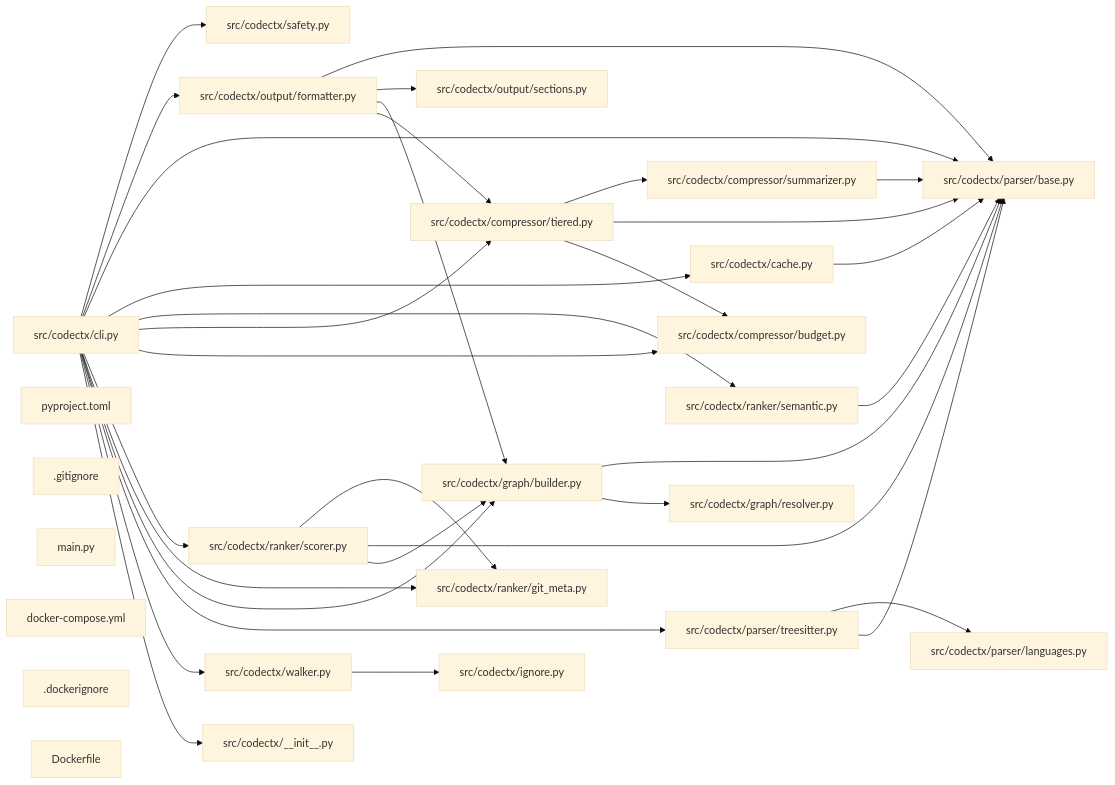
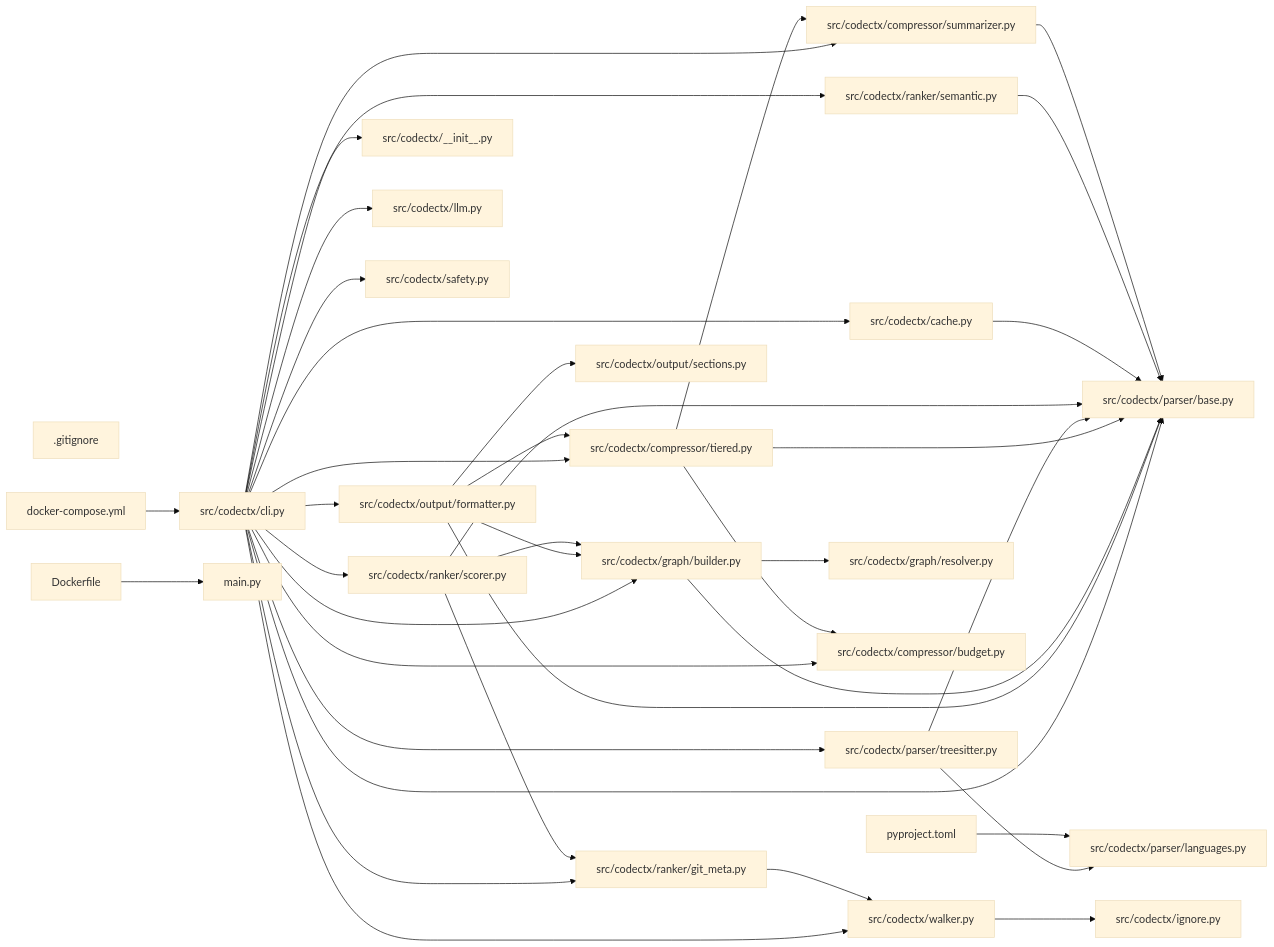
The diagram in CONTEXT.md (hey-granth/codectx), drawn with Mermaid (base theme) before and after one commit. The commit also changed other lines of this file and 29 other files, not shown here.

````diff
--- a/CONTEXT.md
+++ b/CONTEXT.md
@@ -903,59 +952,65 @@
 ```mermaid
 graph LR
     f0["src/codectx/cli.py"]
     f1["src/codectx/parser/base.py"]
-    f2["src/codectx/graph/builder.py"]
-    f3["src/codectx/output/formatter.py"]
-    f4["src/codectx/ranker/scorer.py"]
+    f2["src/codectx/output/formatter.py"]
+    f3["main.py"]
+    f4["src/codectx/graph/builder.py"]
     f5["src/codectx/compressor/tiered.py"]
-    f6["src/codectx/parser/treesitter.py"]
-    f7["src/codectx/walker.py"]
-    f8["src/codectx/ranker/git_meta.py"]
-    f9["src/codectx/ranker/semantic.py"]
-    f10["pyproject.toml"]
+    f6["src/codectx/walker.py"]
+    f7["src/codectx/parser/treesitter.py"]
+    f8["pyproject.toml"]
+    f9["src/codectx/ranker/git_meta.py"]
+    f10["src/codectx/ranker/scorer.py"]
     f11["src/codectx/cache.py"]
-    f12["src/codectx/graph/resolver.py"]
-    f13["src/codectx/output/sections.py"]
-    f14["src/codectx/parser/languages.py"]
-    f15["src/codectx/compressor/budget.py"]
+    f12["src/codectx/ranker/semantic.py"]
+    f13["src/codectx/parser/languages.py"]
+    f14["src/codectx/output/sections.py"]
+    f15["src/codectx/graph/resolver.py"]
     f16["src/codectx/__init__.py"]
-    f17[".gitignore"]
-    f18["src/codectx/compressor/summarizer.py"]
-    f19["main.py"]
-    f20["src/codectx/ignore.py"]
-    f21["src/codectx/safety.py"]
-    f22["docker-compose.yml"]
-    f23[".dockerignore"]
-    f24["Dockerfile"]
-    f0 --> f21
-    f0 --> f3
+    f17["src/codectx/llm.py"]
+    f18["src/codectx/compressor/budget.py"]
+    f19["src/codectx/compressor/summarizer.py"]
+    f20[".gitignore"]
+    f21["docker-compose.yml"]
+    f22["src/codectx/safety.py"]
+    f23["Dockerfile"]
+    f24["src/codectx/ignore.py"]
+    f0 --> f19
+    f0 --> f22
     f0 --> f1
     f0 --> f11
+    f0 --> f12
+    f0 --> f5
+    f0 --> f18
+    f0 --> f10
     f0 --> f9
-    f0 --> f5
-    f0 --> f15
     f0 --> f4
-    f0 --> f8
+    f0 --> f7
+    f0 --> f6
+    f0 --> f17
     f0 --> f2
-    f0 --> f6
-    f0 --> f7
     f0 --> f16
     f2 --> f1
-    f2 --> f12
-    f3 --> f1
-    f3 --> f13
-    f3 --> f2
-    f3 --> f5
-    f4 --> f8
+    f2 --> f14
+    f2 --> f4
+    f2 --> f5
     f4 --> f1
-    f4 --> f2
+    f4 --> f15
+    f5 --> f19
+    f5 --> f1
     f5 --> f18
-    f5 --> f1
-    f5 --> f15
-    f6 --> f14
-    f6 --> f1
-    f7 --> f20
-    f9 --> f1
+    f6 --> f24
+    f7 --> f13
+    f7 --> f1
+    f8 --> f13
+    f9 --> f6
+    f10 --> f9
+    f10 --> f1
+    f10 --> f4
     f11 --> f1
-    f18 --> f1
+    f12 --> f1
+    f19 --> f1
+    f21 --> f0
+    f23 --> f3
 ```
````
